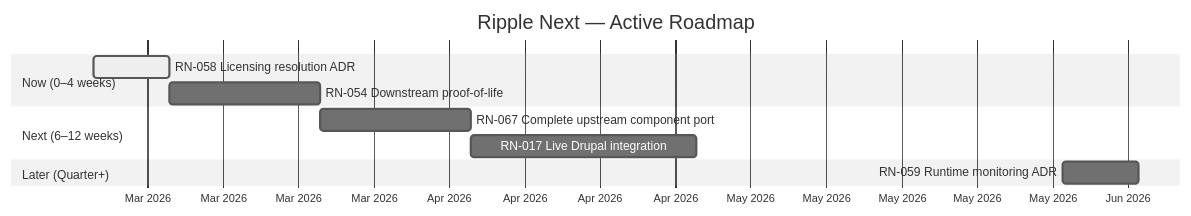
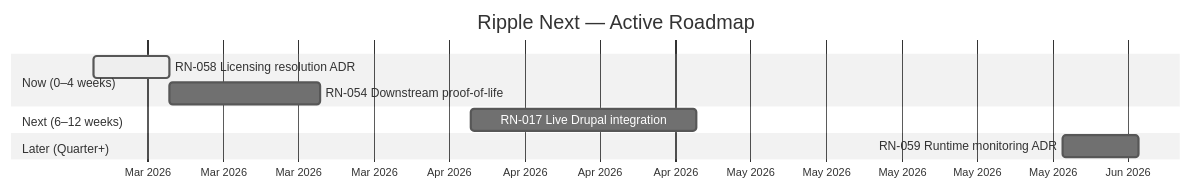
The diagram in docs/product-roadmap/README.md (jbejenar/ripple-next), drawn with Mermaid (neutral theme) before and after one commit. The commit also changed other lines of this file and 20 other files, not shown here.

First line of the commit message:
feat(ui): complete upstream Ripple v2 component port (RN-067)

````diff
--- a/docs/product-roadmap/README.md
+++ b/docs/product-roadmap/README.md
@@ -16,17 +16,16 @@
 ```mermaid
 gantt
     title Ripple Next — Active Roadmap
     dateFormat YYYY-MM-DD
     axisFormat %b %Y
 
     section Now (0–4 weeks)
     RN-058 Licensing resolution ADR        :active, rn058, 2026-03-03, 7d
     RN-054 Downstream proof-of-life        :rn054, 2026-03-10, 14d
 
     section Next (6–12 weeks)
-    RN-067 Complete upstream component port :rn067, 2026-03-24, 14d
     RN-017 Live Drupal integration         :rn017, 2026-04-07, 21d
 
     section Later (Quarter+)
     RN-059 Runtime monitoring ADR          :rn059, 2026-06-01, 7d
 ```
````
